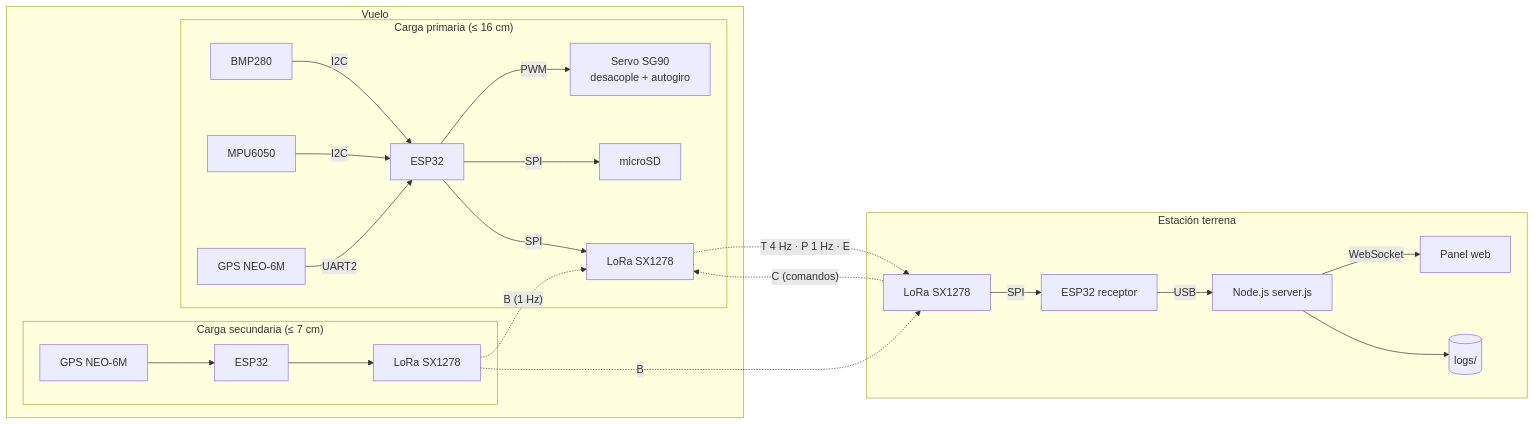
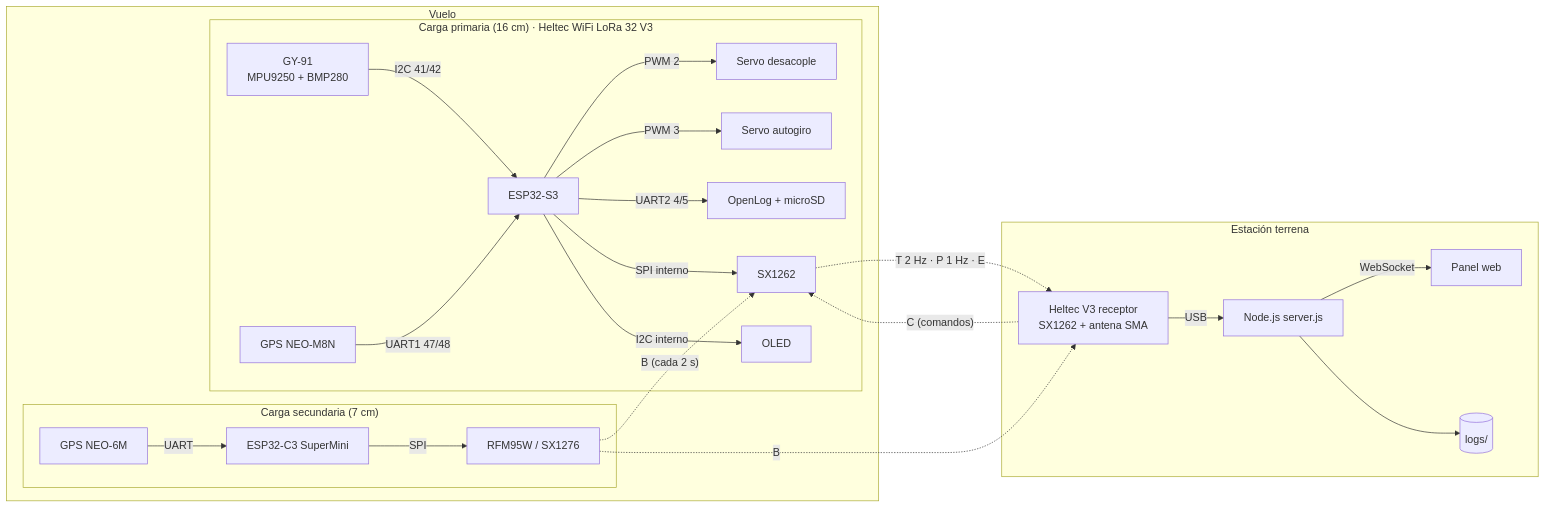
The diagram in docs/01-arquitectura.md (essjonydiaz/zenit-cansat), drawn with Mermaid before and after one commit. The commit also changed other lines of this file and 63 other files, not shown here.

````diff
--- a/docs/01-arquitectura.md
+++ b/docs/01-arquitectura.md
@@ -5,27 +5,27 @@
 ```mermaid
 flowchart LR
   subgraph Vuelo
-    subgraph Secundaria["Carga secundaria (≤ 7 cm)"]
-      GPS2[GPS NEO-6M] --> ESP2[ESP32]
-      ESP2 --> LORA2[LoRa SX1278]
+    subgraph Secundaria["Carga secundaria (7 cm)"]
+      GPS2[GPS NEO-6M] -- UART --> ESP2[ESP32-C3 SuperMini]
+      ESP2 -- SPI --> LORA2[RFM95W / SX1276]
     end
-    subgraph Primaria["Carga primaria (≤ 16 cm)"]
-      BMP[BMP280] -- I2C --> ESP1[ESP32]
-      MPU[MPU6050] -- I2C --> ESP1
-      GPS1[GPS NEO-6M] -- UART2 --> ESP1
-      ESP1 -- PWM --> SERVO[Servo SG90<br/>desacople + autogiro]
-      ESP1 -- SPI --> SD[microSD]
-      ESP1 -- SPI --> LORA1[LoRa SX1278]
+    subgraph Primaria["Carga primaria (16 cm) · Heltec WiFi LoRa 32 V3"]
+      GY[GY-91<br/>MPU9250 + BMP280] -- I2C 41/42 --> ESP1[ESP32-S3]
+      GPS1[GPS NEO-M8N] -- UART1 47/48 --> ESP1
+      ESP1 -- PWM 2 --> SD1[Servo desacople]
+      ESP1 -- PWM 3 --> SA[Servo autogiro]
+      ESP1 -- UART2 4/5 --> OL[OpenLog + microSD]
+      ESP1 -- SPI interno --> LORA1[SX1262]
+      ESP1 -- I2C interno --> OLED[OLED]
     end
   end
   subgraph Tierra["Estación terrena"]
-    LORA3[LoRa SX1278] -- SPI --> ESP3[ESP32 receptor]
-    ESP3 -- USB --> NODE[Node.js server.js]
+    LORA3[Heltec V3 receptor<br/>SX1262 + antena SMA] -- USB --> NODE[Node.js server.js]
     NODE -- WebSocket --> WEB[Panel web]
     NODE --> LOGS[(logs/)]
   end
-  LORA2 -. "B (1 Hz)" .-> LORA1
+  LORA2 -. "B (cada 2 s)" .-> LORA1
   LORA2 -. "B" .-> LORA3
-  LORA1 -. "T 4 Hz · P 1 Hz · E" .-> LORA3
+  LORA1 -. "T 2 Hz · P 1 Hz · E" .-> LORA3
   LORA3 -. "C (comandos)" .-> LORA1
 ```
````
